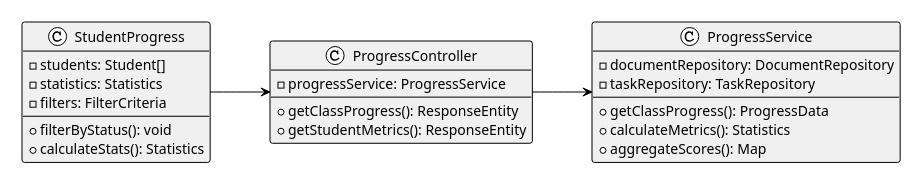
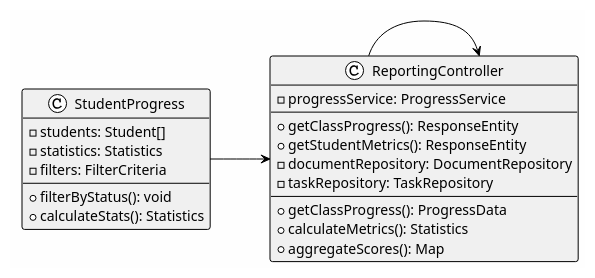
Diagram 18 of 29 in Capstone Files/Module2.md (lawas-tess/SPMP-Evaluator), drawn with PlantUML before and after one commit. The commit also changed other lines of this file and 8 other files, not shown here.

Commit message:
Add AI integration architecture docs, PlantUML diagrams, and presentation script; Update modules with hybrid AI approach; Switch to Amazon Nova model with timeout protection

````diff
--- a/Capstone Files/Module2.md
+++ b/Capstone Files/Module2.md
@@ -2078,36 +2160,36 @@
 ```plantuml
 @startuml StudentProgress_ClassDiagram
 !theme plain
 left to right direction
 skinparam backgroundColor #FEFEFE
 skinparam classBackgroundColor #F0F0F0
 
 class StudentProgress {
   - students: Student[]
   - statistics: Statistics
   - filters: FilterCriteria
   --
   + filterByStatus(): void
   + calculateStats(): Statistics
 }
 
-class ProgressController {
+class ReportingController {
   - progressService: ProgressService
   --
   + getClassProgress(): ResponseEntity
   + getStudentMetrics(): ResponseEntity
 }
 
-class ProgressService {
+class ReportingController {
   - documentRepository: DocumentRepository
   - taskRepository: TaskRepository
   --
   + getClassProgress(): ProgressData
   + calculateMetrics(): Statistics
   + aggregateScores(): Map
 }
 
-StudentProgress --> ProgressController
-ProgressController --> ProgressService
+StudentProgress --> ReportingController
+ReportingController--> ReportingController
 @enduml
 ```
````
